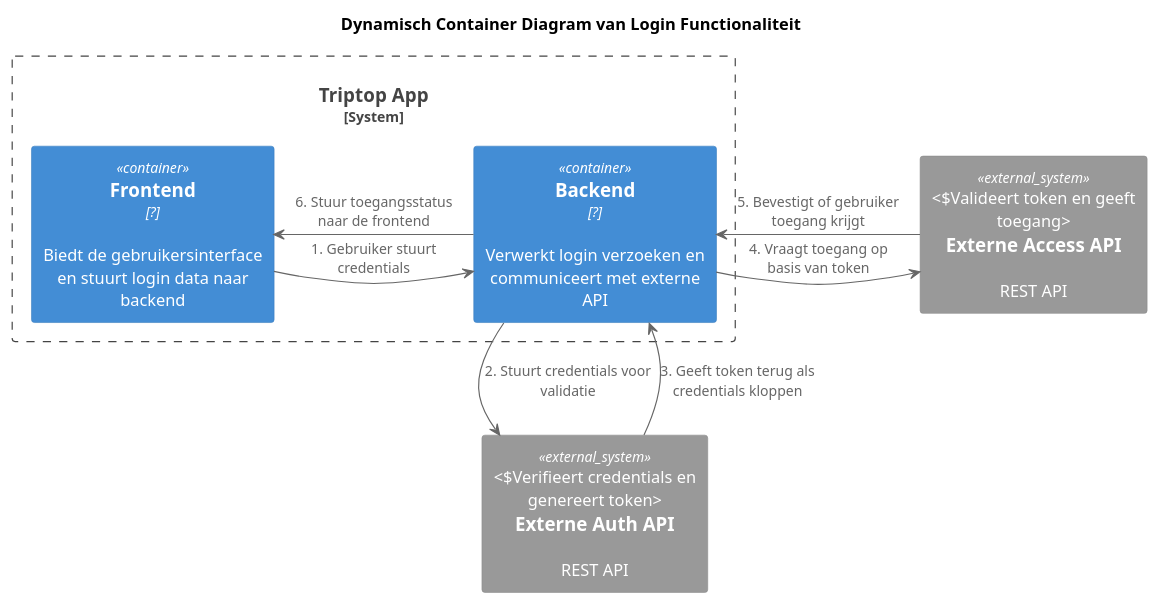
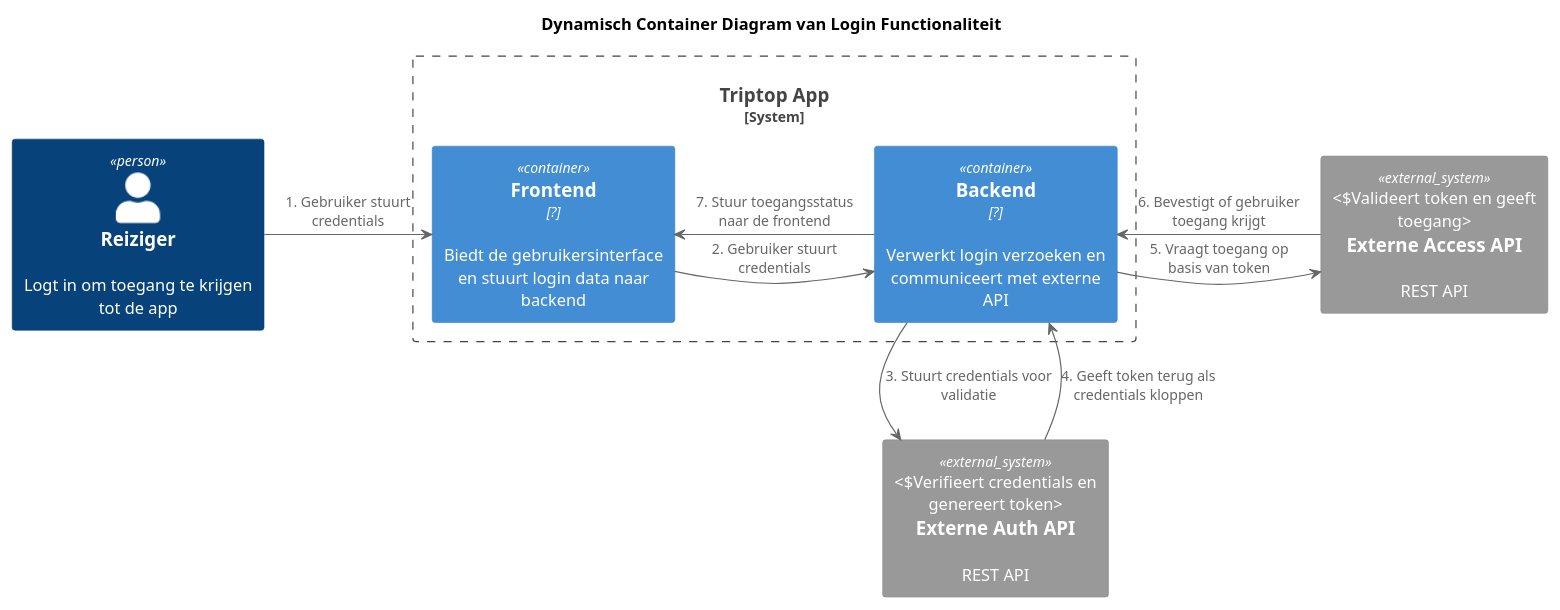
One commit to AIM-ENE-feb25/triptop-peak-performers-groep-1 changed the diagram in taha/Dynamische Container Diagrammen/Login/Login_Dynamisch_Diagram.puml. Above: the diagram before and after it, drawn with PlantUML. The commit also changed 6 other files, not shown here.

```diff
--- a/taha/Dynamische Container Diagrammen/Login/Login_Dynamisch_Diagram.puml
+++ b/taha/Dynamische Container Diagrammen/Login/Login_Dynamisch_Diagram.puml
@@ -1,24 +1,26 @@
 @startuml
 !include <C4/C4_Container>
 
 title Dynamisch Container Diagram van Login Functionaliteit
 
 ' Definieer het systeem en containers
 LAYOUT_TOP_DOWN()
+Person(user, "Reiziger", "Logt in om toegang te krijgen tot de app")
 System_Boundary(webapp, "Triptop App") {
      Container(api, "Backend", "?", "Verwerkt login verzoeken en communiceert met externe API")
     Container(web, "Frontend", "?", "Biedt de gebruikersinterface en stuurt login data naar backend")
 }
 
 System_Ext(auth_api, "Externe Auth API", "REST API", "Verifieert credentials en genereert token")
 System_Ext(access_api, "Externe Access API", "REST API", "Valideert token en geeft toegang")
 
 ' Definieer de interacties
-web -right-> api : 1. Gebruiker stuurt credentials
-api -down-> auth_api : 2. Stuurt credentials voor validatie
-auth_api -up-> api : 3. Geeft token terug als credentials kloppen
-api -right-> access_api : 4. Vraagt toegang op basis van token
-access_api -left-> api : 5. Bevestigt of gebruiker toegang krijgt
-api -left-> web : 6. Stuur toegangsstatus naar de frontend
+user -right-> web : 1. Gebruiker stuurt credentials
+web -right-> api : 2. Gebruiker stuurt credentials
+api -down-> auth_api : 3. Stuurt credentials voor validatie
+auth_api -up-> api : 4. Geeft token terug als credentials kloppen
+api -right-> access_api : 5. Vraagt toegang op basis van token
+access_api -left-> api : 6. Bevestigt of gebruiker toegang krijgt
+api -left-> web : 7. Stuur toegangsstatus naar de frontend
 
 @enduml
```
